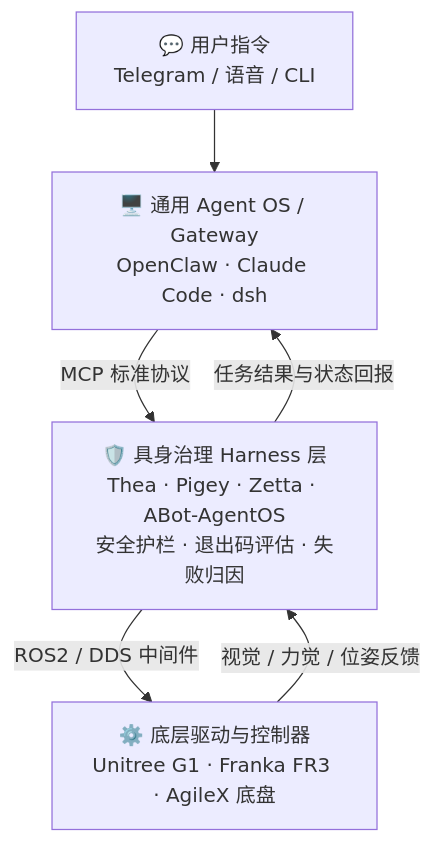
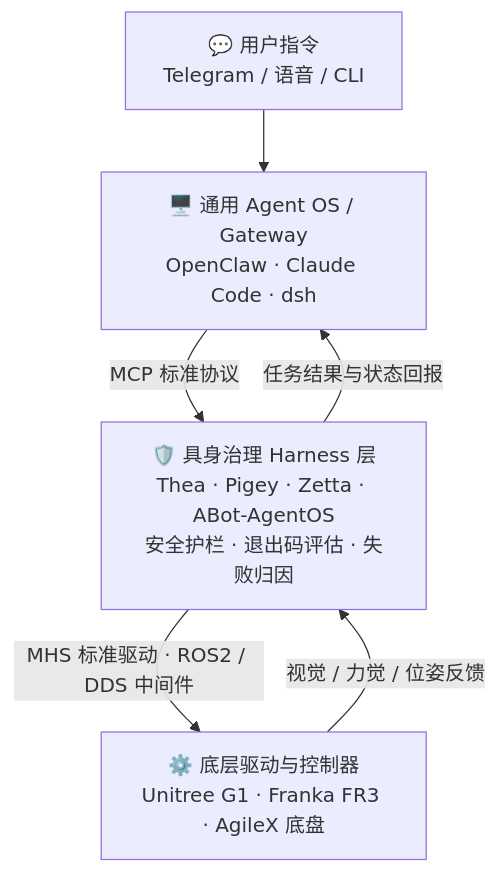
One commit to TingdeLiu/tingdeliu.github.io changed diagram 28 of 41 in _posts/research/2026-03-05-AI-Agent-Survey.md. Above: the diagram before and after it, drawn with Mermaid. The commit also changed other lines of this file, not shown here.

First line of the commit message:
docs(agent): add section 8.5 Model Hardware Standard (MHS)

````diff
--- a/_posts/research/2026-03-05-AI-Agent-Survey.md
+++ b/_posts/research/2026-03-05-AI-Agent-Survey.md
@@ -1760,9 +1930,9 @@
 ```mermaid
 flowchart TB
     U["💬 用户指令\nTelegram / 语音 / CLI"]
     U --> GW["🖥️ 通用 Agent OS / Gateway\nOpenClaw · Claude Code · dsh"]
     GW -->|"MCP 标准协议"| HN["🛡️ 具身治理 Harness 层\nThea · Pigey · Zetta · ABot-AgentOS\n安全护栏 · 退出码评估 · 失败归因"]
-    HN -->|"ROS2 / DDS 中间件"| CTL["⚙️ 底层驱动与控制器\nUnitree G1 · Franka FR3 · AgileX 底盘"]
+    HN -->|"MHS 标准驱动 · ROS2 / DDS 中间件"| CTL["⚙️ 底层驱动与控制器\nUnitree G1 · Franka FR3 · AgileX 底盘"]
     CTL -->|"视觉 / 力觉 / 位姿反馈"| HN
     HN -->|"任务结果与状态回报"| GW
 ```
````
